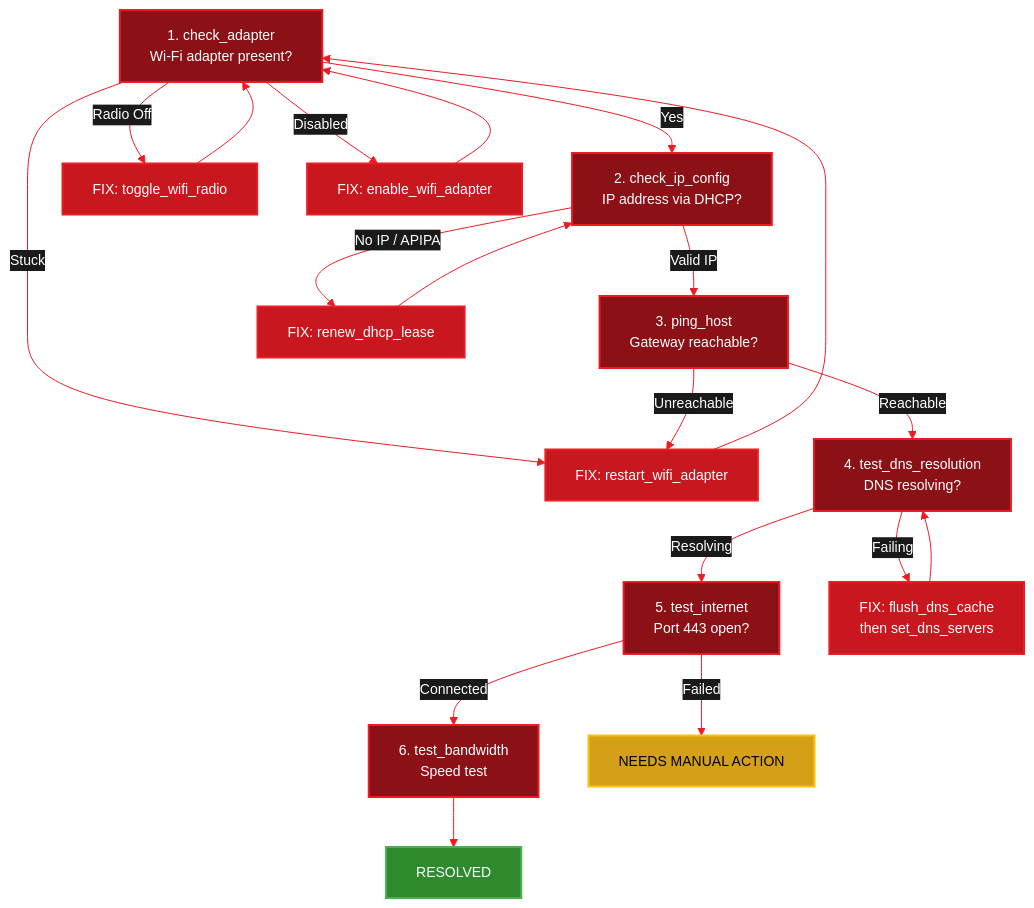
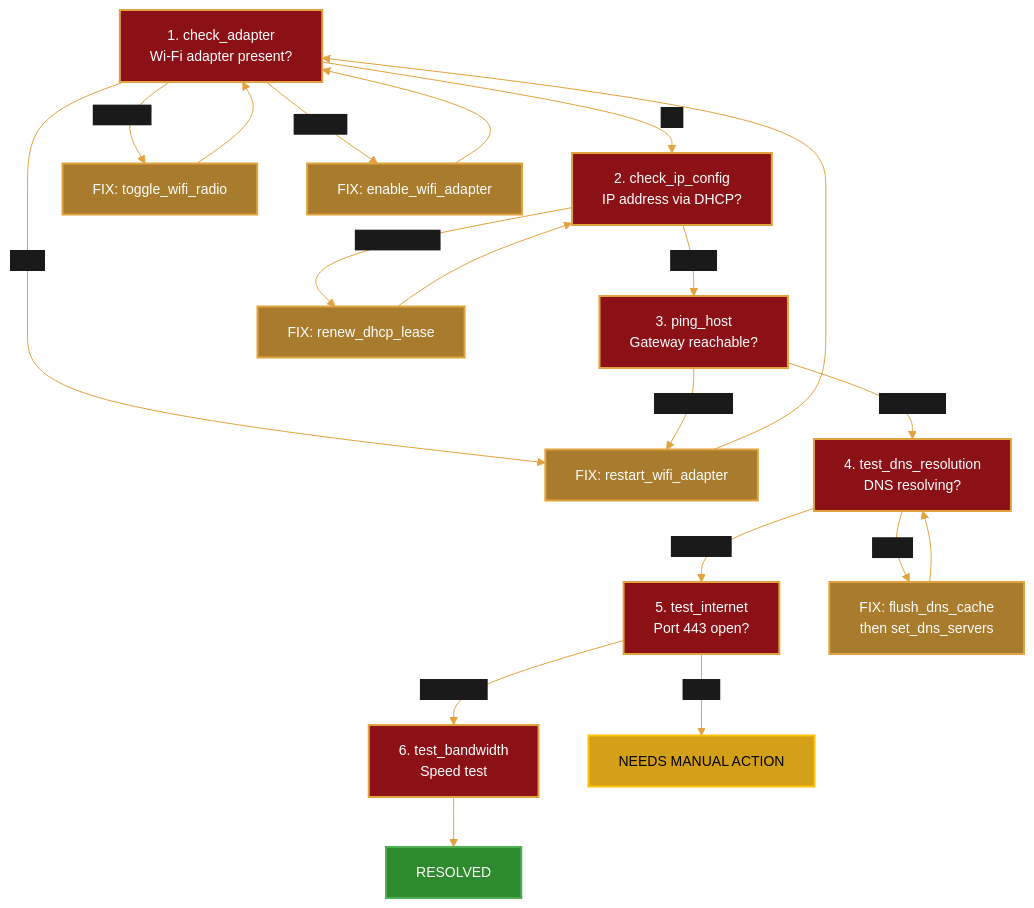
The second of 2 diagrams in docs/cpp/wifi-agent.mdx (amd/gaia), drawn with Mermaid before and after one commit. The commit also changed other lines of this file and 37 other files, not shown here.

````diff
--- a/docs/cpp/wifi-agent.mdx
+++ b/docs/cpp/wifi-agent.mdx
@@ -248,36 +248,36 @@
 ```mermaid
-%%{init: {'theme':'base', 'themeVariables': { 'primaryColor':'#ED1C24', 'fontSize':'14px', 'lineColor':'#ED1C24', 'primaryTextColor':'#fff', 'edgeLabelBackground':'#1a1a1a'}, 'flowchart': {'curve': 'basis'}}}%%
+%%{init: {'theme':'base', 'themeVariables': { 'primaryColor':'#E2A33E', 'fontSize':'14px', 'lineColor':'#E2A33E', 'primaryTextColor':'#1a1a1a', 'edgeLabelBackground':'#1a1a1a'}, 'flowchart': {'curve': 'basis'}}}%%
 flowchart TD
     A["1. check_adapter<br/>Wi-Fi adapter present?"] -->|Yes| B["2. check_ip_config<br/>IP address via DHCP?"]
     A -->|"Radio Off"| F4["FIX: toggle_wifi_radio"]
     A -->|"Disabled"| F5["FIX: enable_wifi_adapter"]
     A -->|"Stuck"| F1["FIX: restart_wifi_adapter"]
     B -->|Valid IP| C["3. ping_host<br/>Gateway reachable?"]
     B -->|No IP / APIPA| F2["FIX: renew_dhcp_lease"]
     C -->|Reachable| D["4. test_dns_resolution<br/>DNS resolving?"]
     C -->|Unreachable| F1
     D -->|Resolving| E["5. test_internet<br/>Port 443 open?"]
     D -->|Failing| F3["FIX: flush_dns_cache<br/>then set_dns_servers"]
     E -->|Connected| BW["6. test_bandwidth<br/>Speed test"]
     E -->|Failed| M["NEEDS MANUAL ACTION"]
     BW --> R["RESOLVED"]
     F1 --> A
     F2 --> B
     F3 --> D
     F4 --> A
     F5 --> A
 
-    style A fill:#8B1117,stroke:#ED1C24,stroke-width:2px,color:#fff
-    style B fill:#8B1117,stroke:#ED1C24,stroke-width:2px,color:#fff
-    style C fill:#8B1117,stroke:#ED1C24,stroke-width:2px,color:#fff
-    style D fill:#8B1117,stroke:#ED1C24,stroke-width:2px,color:#fff
-    style E fill:#8B1117,stroke:#ED1C24,stroke-width:2px,color:#fff
-    style BW fill:#8B1117,stroke:#ED1C24,stroke-width:2px,color:#fff
-    style F1 fill:#C8171E,stroke:#ED1C24,stroke-width:2px,color:#fff
-    style F2 fill:#C8171E,stroke:#ED1C24,stroke-width:2px,color:#fff
-    style F3 fill:#C8171E,stroke:#ED1C24,stroke-width:2px,color:#fff
-    style F4 fill:#C8171E,stroke:#ED1C24,stroke-width:2px,color:#fff
-    style F5 fill:#C8171E,stroke:#ED1C24,stroke-width:2px,color:#fff
+    style A fill:#8B1117,stroke:#E2A33E,stroke-width:2px,color:#fff
+    style B fill:#8B1117,stroke:#E2A33E,stroke-width:2px,color:#fff
+    style C fill:#8B1117,stroke:#E2A33E,stroke-width:2px,color:#fff
+    style D fill:#8B1117,stroke:#E2A33E,stroke-width:2px,color:#fff
+    style E fill:#8B1117,stroke:#E2A33E,stroke-width:2px,color:#fff
+    style BW fill:#8B1117,stroke:#E2A33E,stroke-width:2px,color:#fff
+    style F1 fill:#A87B2D,stroke:#E2A33E,stroke-width:2px,color:#fff
+    style F2 fill:#A87B2D,stroke:#E2A33E,stroke-width:2px,color:#fff
+    style F3 fill:#A87B2D,stroke:#E2A33E,stroke-width:2px,color:#fff
+    style F4 fill:#A87B2D,stroke:#E2A33E,stroke-width:2px,color:#fff
+    style F5 fill:#A87B2D,stroke:#E2A33E,stroke-width:2px,color:#fff
     style R fill:#2d8a2d,stroke:#4CAF50,stroke-width:2px,color:#fff
     style M fill:#d4a017,stroke:#FFC107,stroke-width:2px,color:#000
 ```
````
